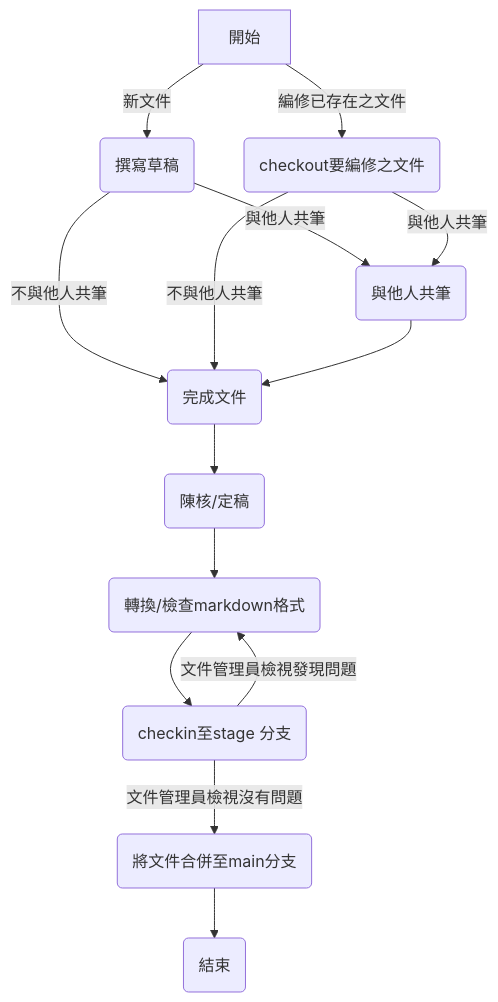
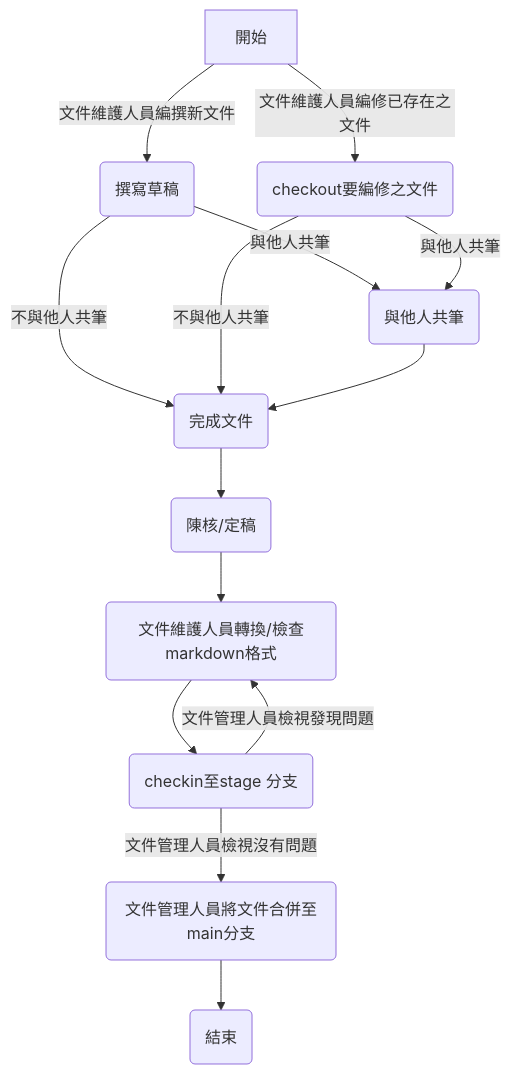
Before and after one commit to netlol/test22: the second of 2 diagrams in uu.md, drawn with Mermaid.

````diff
--- a/uu.md
+++ b/uu.md
@@ -11,16 +11,16 @@
 ```mermaid
 graph TD;
-  A[開始] -->|新文件| B(撰寫草稿);
-  A -->|編修已存在之文件| C(checkout要編修之文件);
+  A[開始] -->|文件維護人員編撰新文件| B(撰寫草稿);
+  A -->|文件維護人員編修已存在之文件| C(checkout要編修之文件);
   B -->|與他人共筆| D(與他人共筆);
   B -->|不與他人共筆| E(完成文件);
   C -->|與他人共筆| D(與他人共筆);
   C -->|不與他人共筆| E;
   D --> E;
   E --> F(陳核/定稿);
-  F --> G(轉換/檢查markdown格式);
+  F --> G(文件維護人員轉換/檢查markdown格式);
   G --> H(checkin至stage 分支);
-  H -->|文件管理員檢視沒有問題| I(將文件合併至main分支);
-  H -->|文件管理員檢視發現問題| G;
+  H -->|文件管理人員檢視沒有問題| I(文件管理人員將文件合併至main分支);
+  H -->|文件管理人員檢視發現問題| G;
   I --> J(結束);
   ```
````
